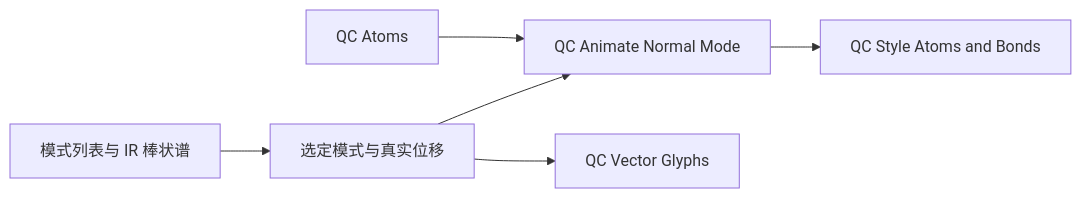
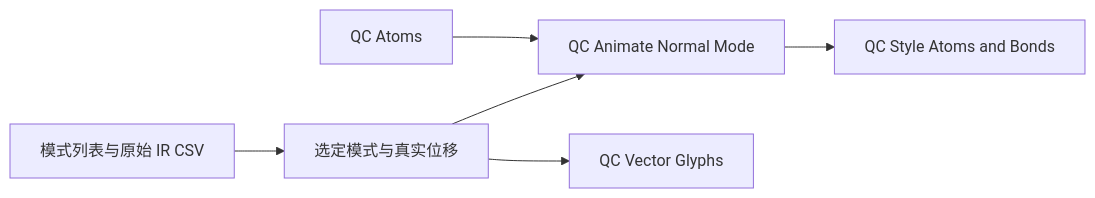
The third of 3 diagrams in docs/specs/geometry-nodes.md (psiQAQ/QCBlender), drawn with Mermaid before and after one commit. The commit also changed other lines of this file and 9 other files, not shown here.

Commit message:
docs: define Alpha first-figure SOP and current scientific contracts

````diff
--- a/docs/specs/geometry-nodes.md
+++ b/docs/specs/geometry-nodes.md
@@ -97,8 +97,8 @@
 ```mermaid
 flowchart LR
-    A[模式列表与 IR 棒状谱] --> B[选定模式与真实位移]
+    A[模式列表与原始 IR CSV] --> B[选定模式与真实位移]
     C[QC Atoms] --> D[QC Animate Normal Mode]
     B --> D
     D --> E[QC Style Atoms and Bonds]
     B --> F[QC Vector Glyphs]
 ```
````
